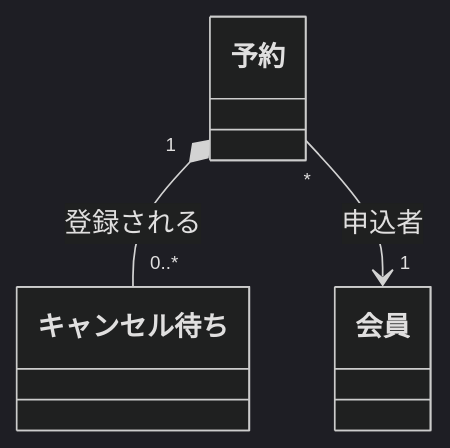
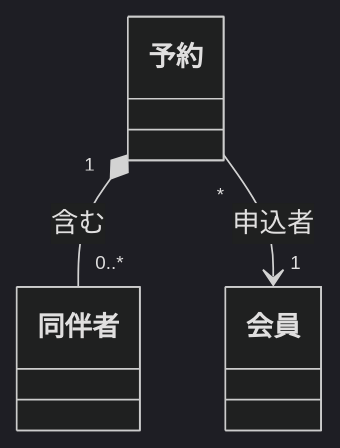
One commit to wezard706/dotfiles changed the first of 3 diagrams in .agents/skills/domain-modeling/references/domain-model-notation.md. Above: the diagram before and after it, drawn with Mermaid (dark theme). The commit also changed other lines of this file and 2 other files, not shown here.

First line of the commit message:
fix: ドメインモデル図の出力範囲を絞り込み

````diff
--- a/.agents/skills/domain-modeling/references/domain-model-notation.md
+++ b/.agents/skills/domain-modeling/references/domain-model-notation.md
@@ -122,5 +108,5 @@
 ```mermaid
 classDiagram
-    予約 "1" *-- "0..*" キャンセル待ち : 登録される
+    予約 "1" *-- "0..*" 同伴者 : 含む
     予約 "*" --> "1" 会員 : 申込者
 ```
````
